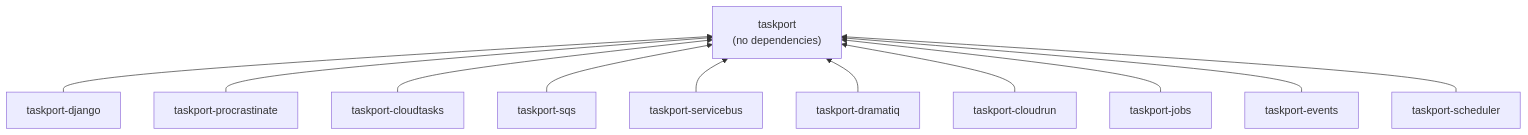
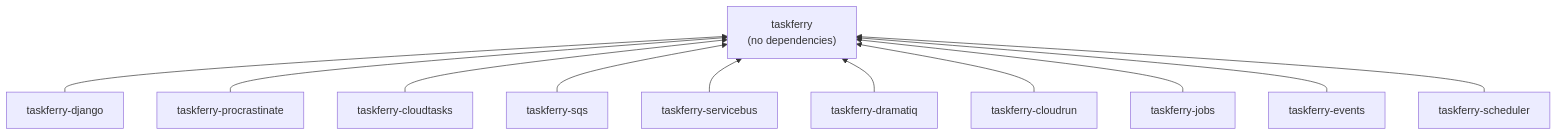
Before and after one commit to xiidigital/taskferry: the fourth of 4 diagrams in README.md, drawn with Mermaid. The commit also changed other lines of this file and 424 other files, not shown here.

First line of the commit message:
refactor: rebrand taskport to taskferry across all distributions

````diff
--- a/README.md
+++ b/README.md
@@ -278,25 +278,25 @@
 ```mermaid
 flowchart BT
-    TPD["taskport-django"]
-    TPP["taskport-procrastinate"]
-    TPC["taskport-cloudtasks"]
-    TPQ["taskport-sqs"]
-    TPB["taskport-servicebus"]
-    TPM["taskport-dramatiq"]
-    TPR["taskport-cloudrun"]
-    TPJ["taskport-jobs"]
-    TPE["taskport-events"]
-    TPS["taskport-scheduler"]
-    TP["taskport<br/>(no dependencies)"]
+    TPD["taskferry-django"]
+    TPP["taskferry-procrastinate"]
+    TPC["taskferry-cloudtasks"]
+    TPQ["taskferry-sqs"]
+    TPB["taskferry-servicebus"]
+    TPM["taskferry-dramatiq"]
+    TPR["taskferry-cloudrun"]
+    TPJ["taskferry-jobs"]
+    TPE["taskferry-events"]
+    TPS["taskferry-scheduler"]
+    TP["taskferry<br/>(no dependencies)"]
 
     TPD --> TP
     TPP --> TP
     TPC --> TP
     TPQ --> TP
     TPB --> TP
     TPM --> TP
     TPR --> TP
     TPJ --> TP
     TPE --> TP
     TPS --> TP
 ```
````
